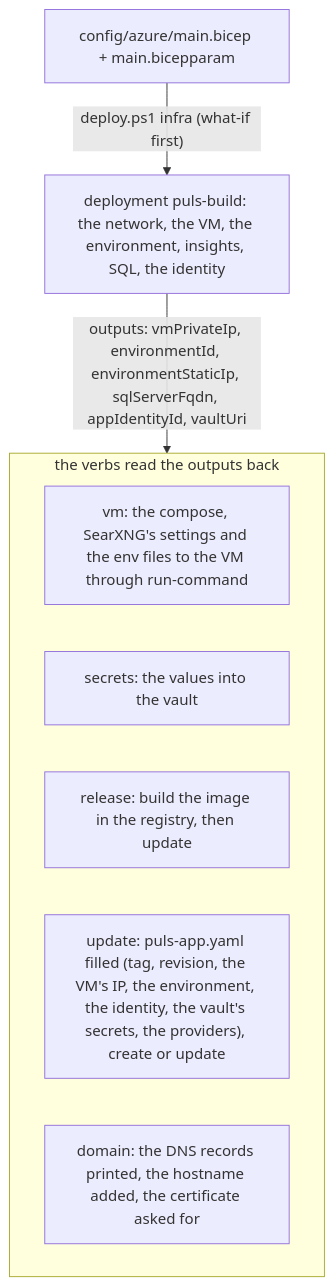
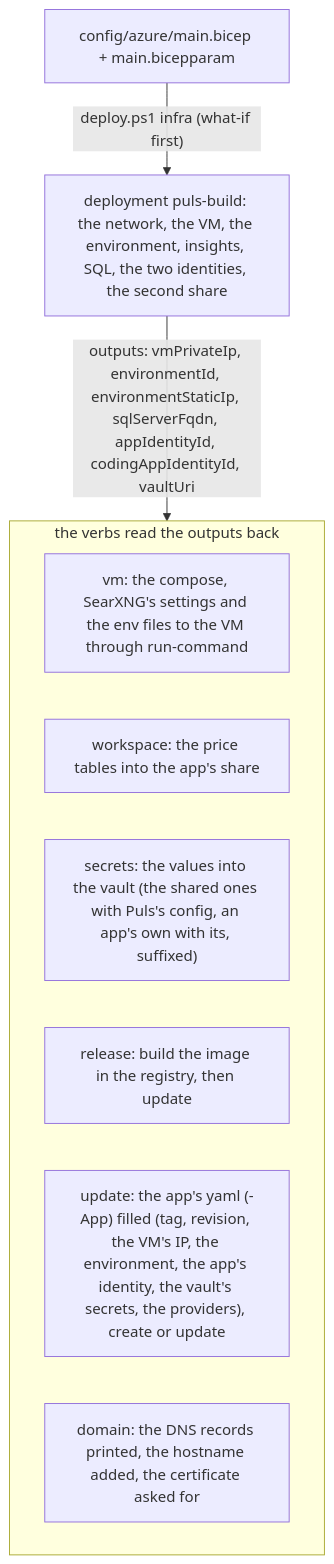
The second of 4 diagrams in demos/puls/deploy/azure/ARCHITECTURE.md (bosbevk/louis-agent), drawn with Mermaid before and after one commit. The commit also changed other lines of this file and 10 other files, not shown here.

````diff
--- a/demos/puls/deploy/azure/ARCHITECTURE.md
+++ b/demos/puls/deploy/azure/ARCHITECTURE.md
@@ -49,12 +61,13 @@
 ```mermaid
 flowchart TB
-    bicep["config/azure/main.bicep + main.bicepparam"] -->|"deploy.ps1 infra (what-if first)"| deployment["deployment puls-build: the network, the VM, the environment, insights, SQL, the identity"]
-    deployment -->|"outputs: vmPrivateIp, environmentId, environmentStaticIp, sqlServerFqdn, appIdentityId, vaultUri"| verbs
+    bicep["config/azure/main.bicep + main.bicepparam"] -->|"deploy.ps1 infra (what-if first)"| deployment["deployment puls-build: the network, the VM, the environment, insights, SQL, the two identities, the second share"]
+    deployment -->|"outputs: vmPrivateIp, environmentId, environmentStaticIp, sqlServerFqdn, appIdentityId, codingAppIdentityId, vaultUri"| verbs
     subgraph verbs["the verbs read the outputs back"]
         vm["vm: the compose, SearXNG's settings and the env files to the VM through run-command"]
-        secrets["secrets: the values into the vault"]
+        workspace["workspace: the price tables into the app's share"]
+        secrets["secrets: the values into the vault (the shared ones with Puls's config, an app's own with its, suffixed)"]
         release["release: build the image in the registry, then update"]
-        update["update: puls-app.yaml filled (tag, revision, the VM's IP, the environment, the identity, the vault's secrets, the providers), create or update"]
+        update["update: the app's yaml (-App) filled (tag, revision, the VM's IP, the environment, the app's identity, the vault's secrets, the providers), create or update"]
         domain["domain: the DNS records printed, the hostname added, the certificate asked for"]
     end
 ```
````
